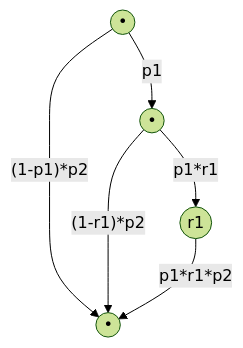
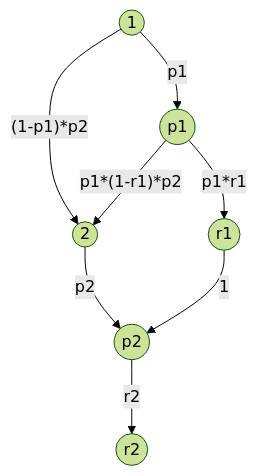
The second of 2 diagrams in vault/sem2/AuW/UE/cx/bf/cx07-bf.md (bfeitknecht/vault), drawn with Mermaid (forest theme) before and after one commit. The commit also changed other lines of this file, not shown here.

Commit message:
vault backup: 2024-05-03 17:35:15 from MacBook Pro (echo)
Affected files:
vault/sem2/AuW/UE/cx/bf/cx07-bf.md

````diff
--- a/vault/sem2/AuW/UE/cx/bf/cx07-bf.md
+++ b/vault/sem2/AuW/UE/cx/bf/cx07-bf.md
@@ -31,12 +31,13 @@
 ```mermaid
 flowchart TD
 
-id1((•))-->|"(1-p1)*p2"|id2((•))
-id1-->|"p1"|id3((•))
+id1((1))-->|"(1-p1)*p2"|id2((2))
+id1-->|"p1"|id3((p1))
 id3-->|"p1*r1"|id4((r1))
-id3-->|"(1-r1)*p2"|id2
-id4-->|"p1*r1*p2"|id2
-
+id3-->|"p1*(1-r1)*p2"|id2
+id2-->|"p2"|id5((p2))
+id4-->|"1"|id5
+id5-->|"r2"|id6((r2))
 
 
 ```
````
